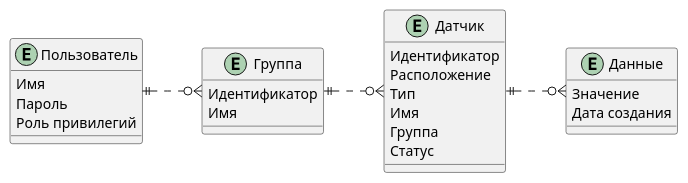
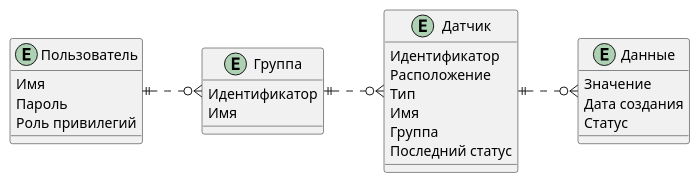
The sixth of 6 diagrams in README.md (egorgasay/architecture-pro-warmhouse), drawn with PlantUML before and after one commit. The commit also changed other lines of this file, not shown here.

````diff
--- a/README.md
+++ b/README.md
@@ -332,35 +343,36 @@
 ```plantuml
 @startuml
 left to right direction
 skinparam linetype ortho
 
 entity "Пользователь" as usr {
   Имя
   Пароль
   Роль привилегий
 }
 
 entity "Группа" as grp {
   Идентификатор
   Имя
 }
 
 entity "Датчик" as snr {
   Идентификатор
   Расположение
   Тип
   Имя
   Группа
-  Статус
+  Последний статус
 }
 
 entity "Данные" as dat {
   Значение
   Дата создания
+  Статус
 }
 
 usr ||..o{ grp
 grp ||..o{ snr
 snr ||..o{ dat
 @enduml
 ```
````
